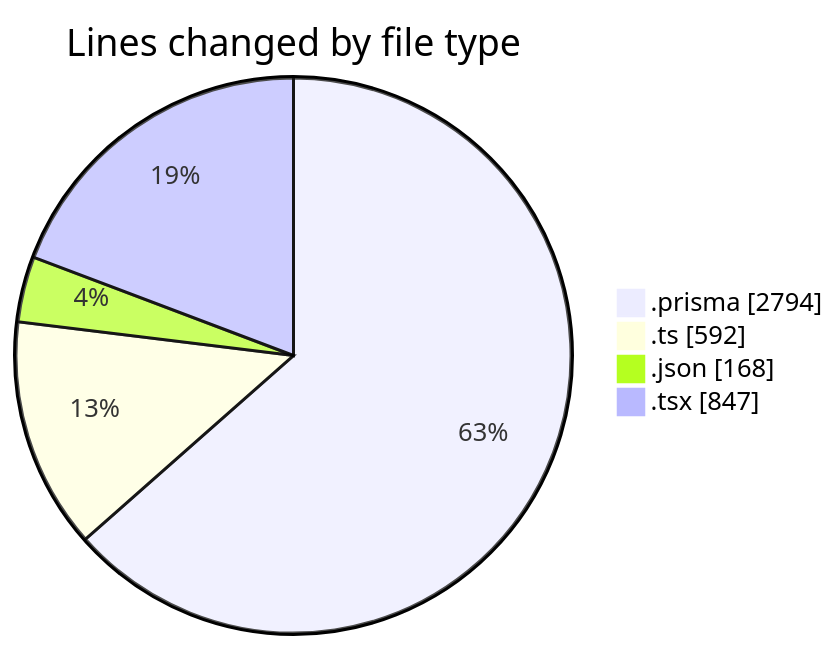
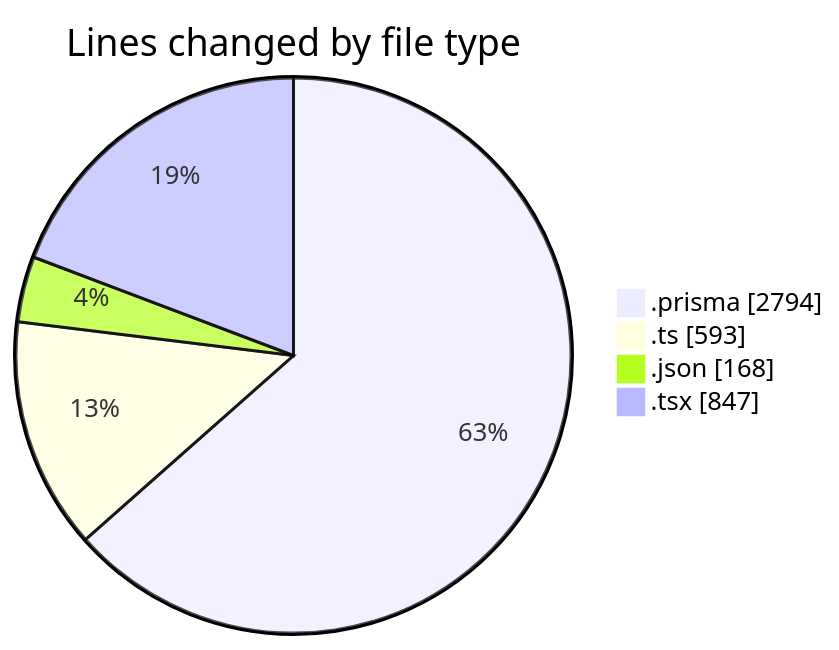
Before and after one commit to CELIANVF/code-tracking: the first of 2 diagrams in 2025-05-01/ecodeli/README.md, drawn with Mermaid. The commit also changed other lines of this file and 1 other file, not shown here.

````diff
--- a/2025-05-01/ecodeli/README.md
+++ b/2025-05-01/ecodeli/README.md
@@ -27,8 +27,8 @@
 ```mermaid
 pie showData
 title Lines changed by file type
 ".prisma" : 2794
-".ts" : 592
+".ts" : 593
 ".json" : 168
 ".tsx" : 847
 ```
````
